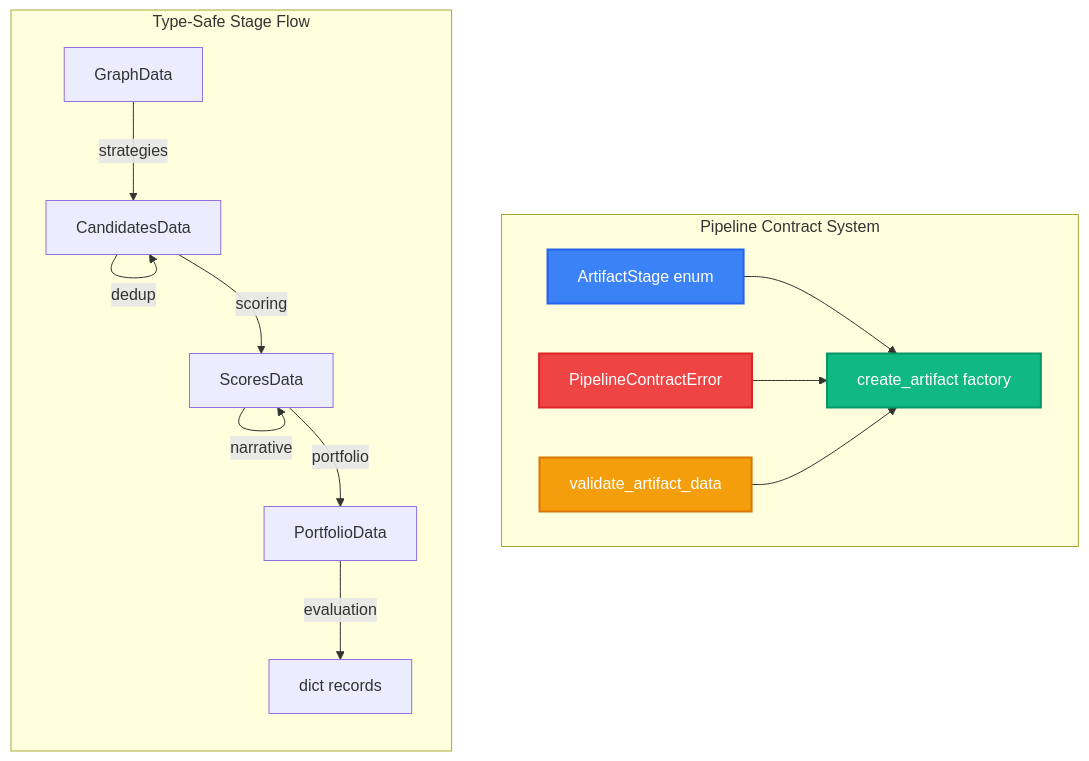
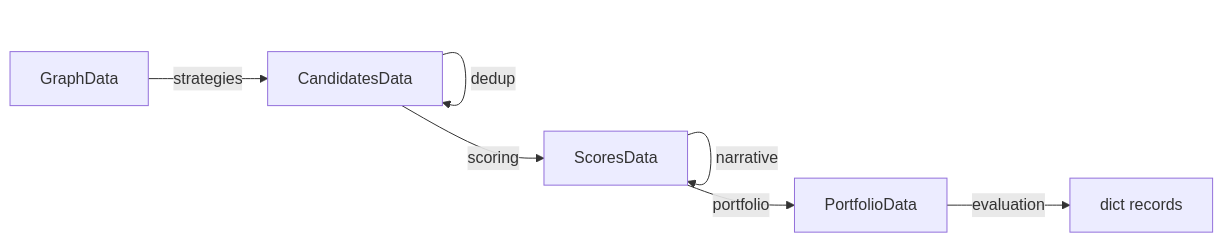
One commit to samm329-ui/Trimora_v2 changed the second of 16 diagrams in README.md. Above: the diagram before and after it, drawn with Mermaid. The commit also changed other lines of this file, not shown here.

Commit message:
docs: update README with Deterministic Story Composer documentation and Mermaid diagrams

````diff
--- a/README.md
+++ b/README.md
@@ -186,28 +153,9 @@
 ```mermaid
-flowchart TB
-    subgraph Contracts["Pipeline Contract System"]
-        CS["ArtifactStage enum"]
-        CE["PipelineContractError"]
-        CA["create_artifact factory"]
-        VT["validate_artifact_data"]
-    end
-
-    subgraph Flow["Type-Safe Stage Flow"]
-        direction TB
-        G["GraphData"] -->|"strategies"| CD["CandidatesData"]
-        CD -->|"dedup"| CD
-        CD -->|"scoring"| SD["ScoresData"]
-        SD -->|"narrative"| SD
-        SD -->|"portfolio"| PD["PortfolioData"]
-        PD -->|"evaluation"| ED["dict records"]
-    end
-
-    CS --> CA
-    CE --> CA
-    VT --> CA
-
-    style CS fill:#3b82f6,color:#fff,stroke:#2563eb,stroke-width:2px
-    style CE fill:#ef4444,color:#fff,stroke:#dc2626,stroke-width:2px
-    style CA fill:#10b981,color:#fff,stroke:#059669,stroke-width:2px
-    style VT fill:#f59e0b,color:#fff,stroke:#d97706,stroke-width:2px
+flowchart LR
+    G["GraphData"] -->|"strategies"| CD["CandidatesData"]
+    CD -->|"dedup"| CD
+    CD -->|"scoring"| SD["ScoresData"]
+    SD -->|"narrative"| SD
+    SD -->|"portfolio"| PD["PortfolioData"]
+    PD -->|"evaluation"| ED["dict records"]
 ```
````
